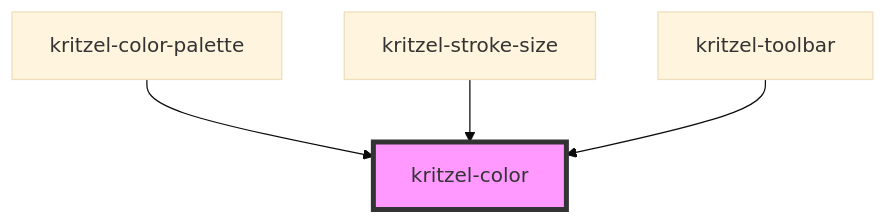
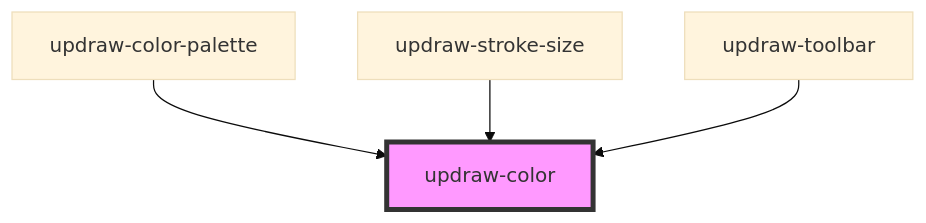
Before and after one commit to kasual1/kritzel: the diagram in libs/editor/core/src/components/updraw-color/readme.md, drawn with Mermaid (base theme). The commit also changed other lines of this file and 1129 other files, not shown here.

First line of the commit message:
Replace kritzel with updraw across the codebase

````diff
--- a/libs/editor/core/src/components/updraw-color/readme.md
+++ b/libs/editor/core/src/components/updraw-color/readme.md
@@ -26,7 +26,7 @@
 ```mermaid
 graph TD;
-  kritzel-color-palette --> kritzel-color
-  kritzel-stroke-size --> kritzel-color
-  kritzel-toolbar --> kritzel-color
-  style kritzel-color fill:#f9f,stroke:#333,stroke-width:4px
+  updraw-color-palette --> updraw-color
+  updraw-stroke-size --> updraw-color
+  updraw-toolbar --> updraw-color
+  style updraw-color fill:#f9f,stroke:#333,stroke-width:4px
 ```
````
